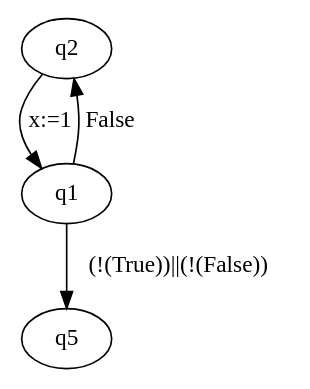
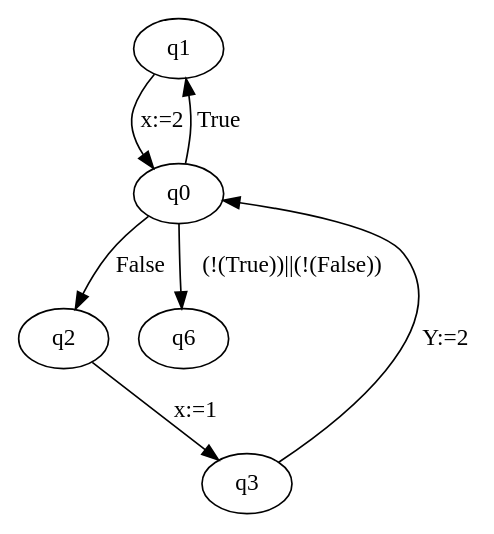
One commit to JepMik/GCL-Build-Analyse-Tool changed the diagram in graph.dot. Above: the diagram before and after it, drawn with Graphviz. The commit also changed 3 other files, not shown here.

Commit message:
Fixed graphs

```diff
--- a/graph.dot
+++ b/graph.dot
@@ -1,7 +1,8 @@
 strict digraph {
-q2 -> q1[label="x:=2"];
-q1 -> q2[label="True"];
-q2 -> q1[label="x:=1"];
-q1 -> q2[label="False"];
-q1 -> q5[label="(!(True))||(!(False))"];
+q1 -> q0[label="x:=2"];
+q0 -> q1[label="True"];
+q2 -> q3[label="x:=1"];
+q3 -> q0[label="Y:=2"];
+q0 -> q2[label="False"];
+q0 -> q6[label="(!(True))||(!(False))"];
 }
```
